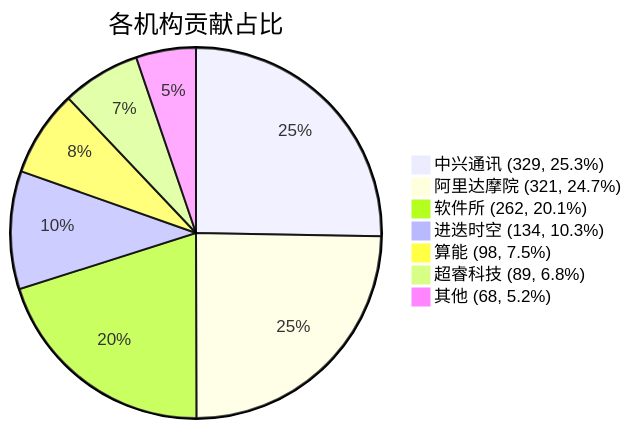
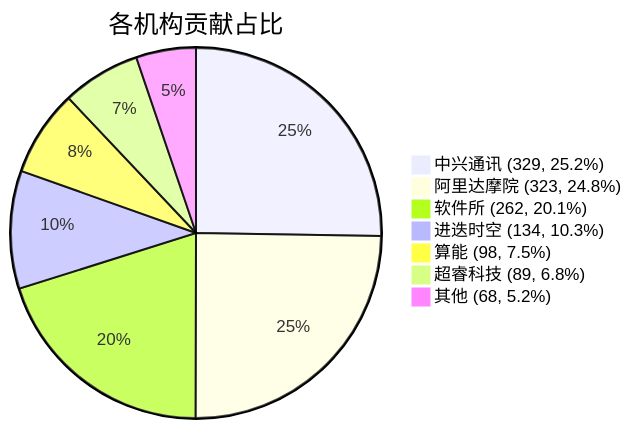
One commit to RVCK-Project/rvck changed the diagram in docs/index.md. Above: the diagram before and after it, drawn with Mermaid. The commit also changed other lines of this file and 20 other files, not shown here.

````diff
--- a/docs/index.md
+++ b/docs/index.md
@@ -39,10 +39,10 @@
 ```mermaid
 pie title 各机构贡献占比
-    "中兴通讯 (329, 25.3%)" : 329
-    "阿里达摩院 (321, 24.7%)" : 321
+    "中兴通讯 (329, 25.2%)" : 329
+    "阿里达摩院 (323, 24.8%)" : 323
     "软件所 (262, 20.1%)" : 262
     "进迭时空 (134, 10.3%)" : 134
     "算能 (98, 7.5%)" : 98
     "超睿科技 (89, 6.8%)" : 89
     "其他 (68, 5.2%)" : 68
 ```
````
